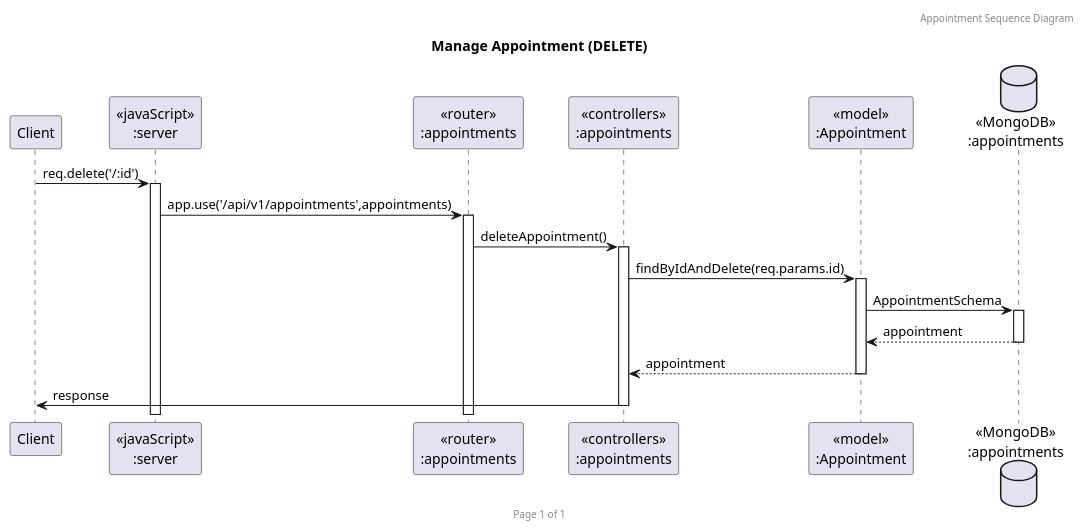
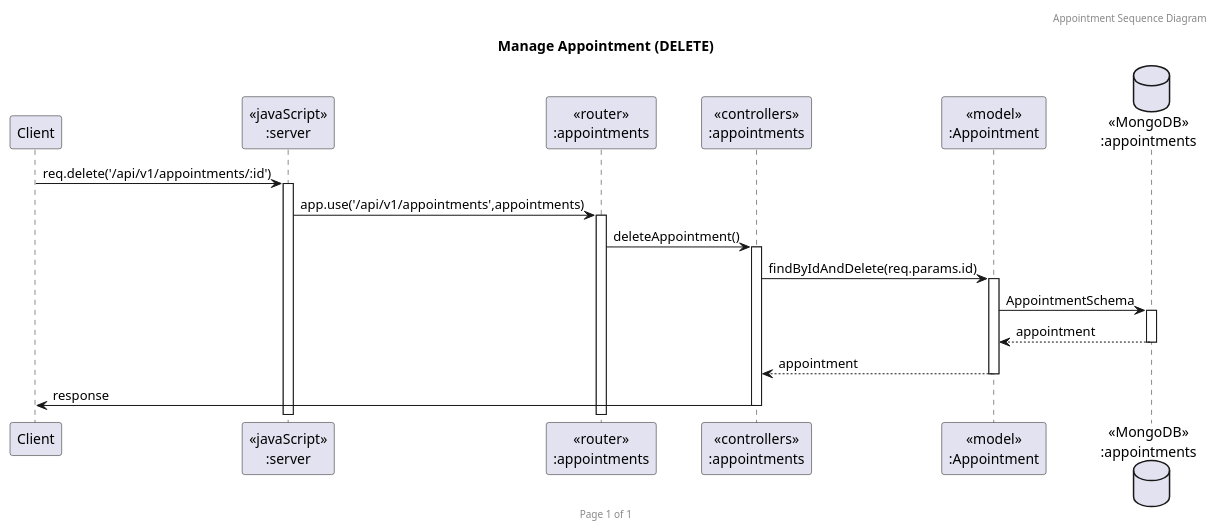
One commit to 2110503TACEDT66/presentation-day-1-privacy changed the diagram in SequenceDiagram/apptdelete.puml. Above: the diagram before and after it, drawn with PlantUML. The commit also changed 16 other files, not shown here.

Commit message:
edit sequenceDiagram

```diff
--- a/SequenceDiagram/apptdelete.puml
+++ b/SequenceDiagram/apptdelete.puml
@@ -1,23 +1,23 @@
 @startuml Manage Appointment (DELETE)
 
 header Appointment Sequence Diagram
 footer Page %page% of %lastpage%
 title "Manage Appointment (DELETE)"
 
 participant "Client" as client
 participant "<<javaScript>>\n:server" as server
 participant "<<router>>\n:appointments" as routerAppointments
 participant "<<controllers>>\n:appointments" as controllersAppointments
 participant "<<model>>\n:Appointment" as modelAppointments
 database "<<MongoDB>>\n:appointments" as AppointmentsDatabase
 
-client->server ++:req.delete('/:id')
+client->server ++:req.delete('/api/v1/appointments/:id')
 server->routerAppointments ++:app.use('/api/v1/appointments',appointments)
 routerAppointments -> controllersAppointments ++:deleteAppointment()
 controllersAppointments->modelAppointments ++:findByIdAndDelete(req.params.id)
 modelAppointments ->AppointmentsDatabase ++:AppointmentSchema
 AppointmentsDatabase --> modelAppointments --:appointment
 controllersAppointments <-- modelAppointments --:appointment
 controllersAppointments->client --:response
 
 @enduml
```
